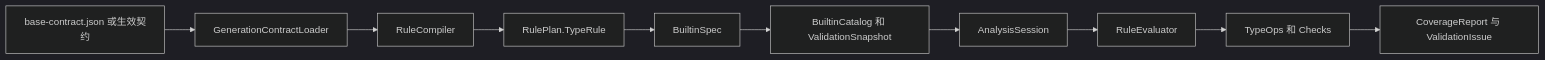
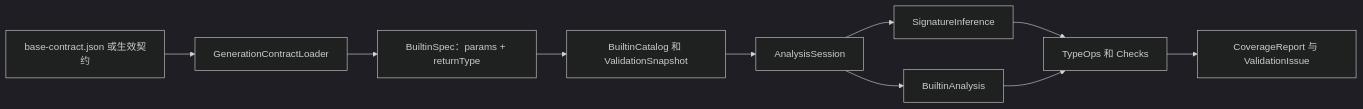
One commit to HoikanChan/openui changed the second of 2 diagrams in packages/genui-java-sdk/docs/validation-architecture.md. Above: the diagram before and after it, drawn with Mermaid (dark theme). The commit also changed other lines of this file and 52 other files, not shown here.

Commit message:
refactor(genui-java-sdk): centralize builtin analysis

````diff
--- a/packages/genui-java-sdk/docs/validation-architecture.md
+++ b/packages/genui-java-sdk/docs/validation-architecture.md
@@ -72,12 +72,12 @@
 ```mermaid
 flowchart LR
     JSON[base-contract.json 或生效契约] --> Loader[GenerationContractLoader]
-    Loader --> Compiler[RuleCompiler]
-    Compiler --> Plan[RulePlan.TypeRule]
-    Plan --> Spec[BuiltinSpec]
+    Loader --> Spec[BuiltinSpec：params + returnType]
     Spec --> Catalog[BuiltinCatalog 和 ValidationSnapshot]
     Catalog --> Analysis[AnalysisSession]
-    Analysis --> Eval[RuleEvaluator]
-    Eval --> Ops[TypeOps 和 Checks]
+    Analysis --> Signature[SignatureInference]
+    Analysis --> Builtin[BuiltinAnalysis]
+    Signature --> Ops[TypeOps 和 Checks]
+    Builtin --> Ops
     Ops --> Coverage[CoverageReport 与 ValidationIssue]
 ```
````
